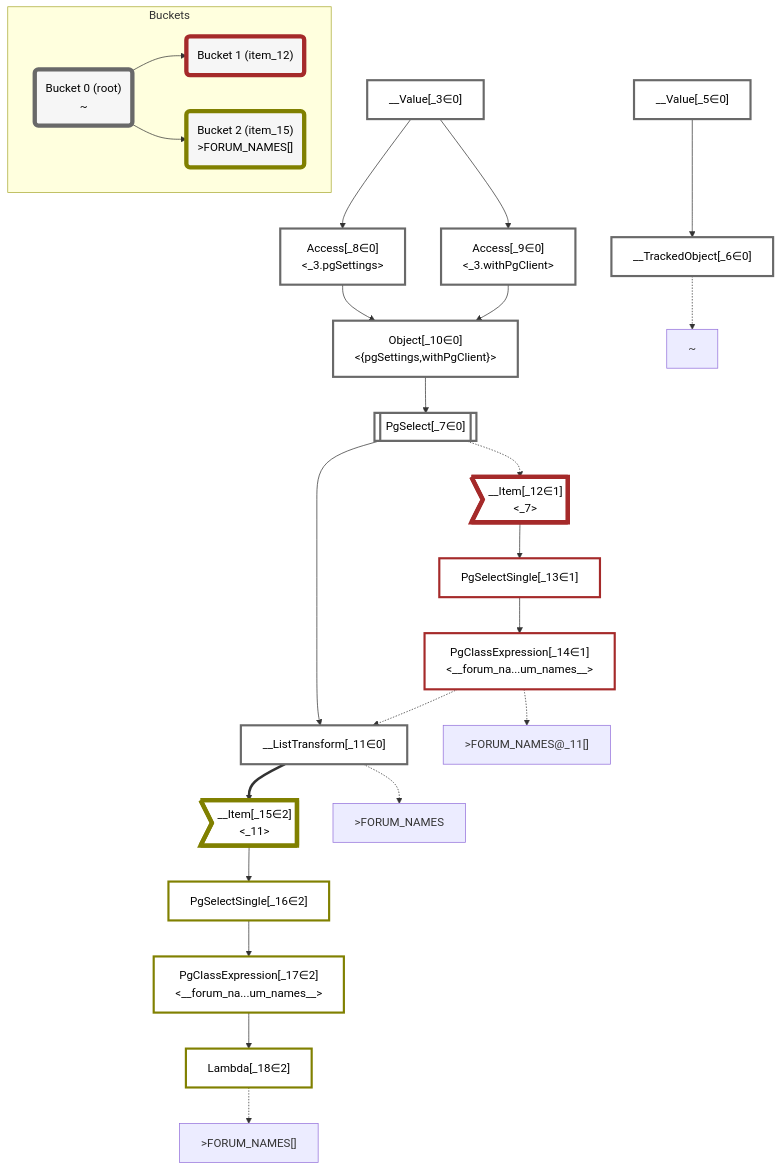
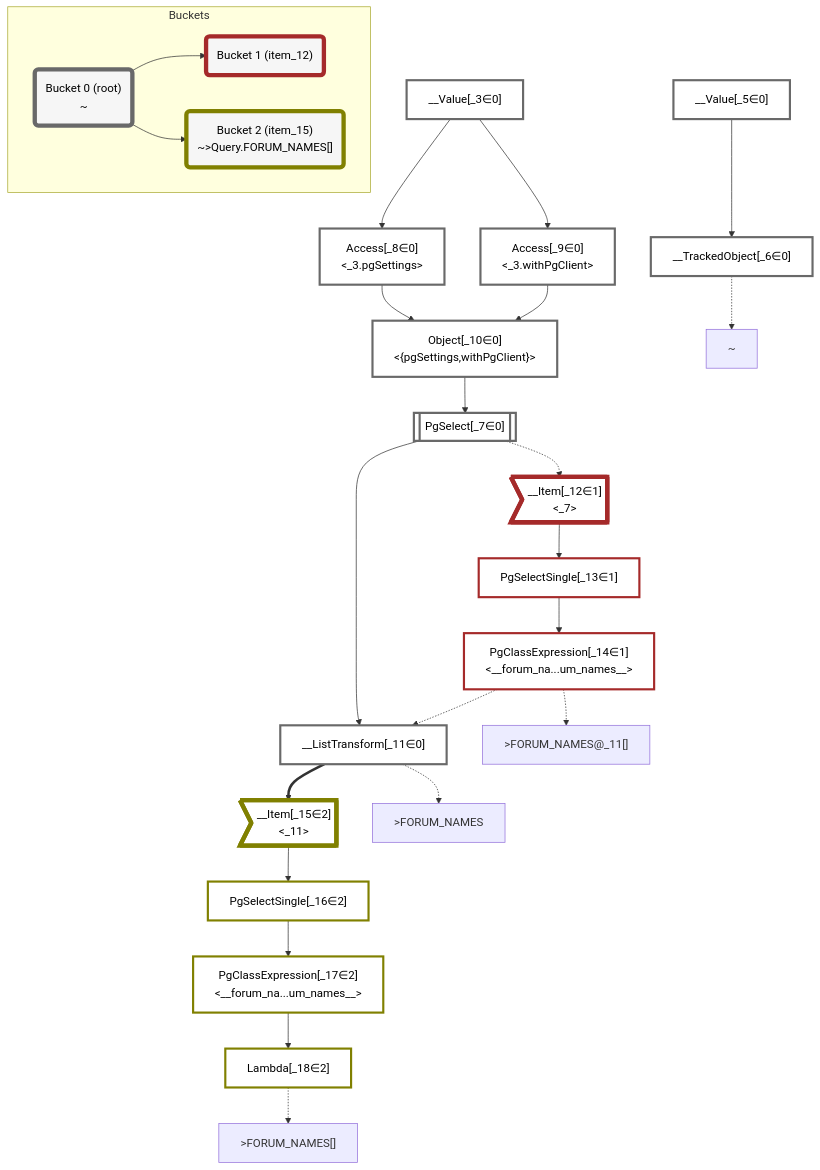
The diagram in packages/dataplan-pg/__tests__/queries/functions/custom-query-forum-names-upper.deopt.mermaid.md (graphile/crystal), drawn with Mermaid before and after one commit. The commit also changed 141 other files, not shown here.

````diff
--- a/packages/dataplan-pg/__tests__/queries/functions/custom-query-forum-names-upper.deopt.mermaid.md
+++ b/packages/dataplan-pg/__tests__/queries/functions/custom-query-forum-names-upper.deopt.mermaid.md
@@ -1,72 +1,72 @@
 ```mermaid
 graph TD
     classDef path fill:#eee,stroke:#000,color:#000
     classDef plan fill:#fff,stroke-width:3px,color:#000
     classDef itemplan fill:#fff,stroke-width:6px,color:#000
     classDef sideeffectplan fill:#f00,stroke-width:6px,color:#000
     classDef bucket fill:#f6f6f6,color:#000,stroke-width:6px
 
 
     %% define plans
     __Value_3["__Value[_3∈0]<br /><context>"]:::plan
     __Value_5["__Value[_5∈0]<br /><rootValue>"]:::plan
     __TrackedObject_6["__TrackedObject[_6∈0]"]:::plan
     PgSelect_7[["PgSelect[_7∈0]<br /><forum_names>"]]:::plan
     Access_8["Access[_8∈0]<br /><_3.pgSettings>"]:::plan
     Access_9["Access[_9∈0]<br /><_3.withPgClient>"]:::plan
     Object_10["Object[_10∈0]<br /><{pgSettings,withPgClient}>"]:::plan
     __ListTransform_11["__ListTransform[_11∈0]<br /><each:_7>"]:::plan
     __Item_12>"__Item[_12∈1]<br /><_7>"]:::itemplan
     PgSelectSingle_13["PgSelectSingle[_13∈1]<br /><text>"]:::plan
     PgClassExpression_14["PgClassExpression[_14∈1]<br /><__forum_na...um_names__>"]:::plan
     __Item_15>"__Item[_15∈2]<br /><_11>"]:::itemplan
     PgSelectSingle_16["PgSelectSingle[_16∈2]<br /><text>"]:::plan
     PgClassExpression_17["PgClassExpression[_17∈2]<br /><__forum_na...um_names__>"]:::plan
     Lambda_18["Lambda[_18∈2]"]:::plan
 
     %% plan dependencies
     __Value_5 --> __TrackedObject_6
     Object_10 --> PgSelect_7
     __Value_3 --> Access_8
     __Value_3 --> Access_9
     Access_8 --> Object_10
     Access_9 --> Object_10
     PgSelect_7 --> __ListTransform_11
     PgClassExpression_14 -.-> __ListTransform_11
     PgSelect_7 -.-> __Item_12
     __Item_12 --> PgSelectSingle_13
     PgSelectSingle_13 --> PgClassExpression_14
     __ListTransform_11 ==> __Item_15
     __Item_15 --> PgSelectSingle_16
     PgSelectSingle_16 --> PgClassExpression_17
     PgClassExpression_17 --> Lambda_18
 
     %% plan-to-path relationships
     P1["~"]
     __TrackedObject_6 -.-> P1
     P2[">FORUM_NAMES@_11[]"]
     PgClassExpression_14 -.-> P2
     P3[">FORUM_NAMES"]
     __ListTransform_11 -.-> P3
     P4[">FORUM_NAMES[]"]
     Lambda_18 -.-> P4
 
     %% allocate buckets
     classDef bucket0 stroke:#696969
     class __Value_3,__Value_5,__TrackedObject_6,PgSelect_7,Access_8,Access_9,Object_10,__ListTransform_11 bucket0
     classDef bucket1 stroke:#a52a2a
     class __Item_12,PgSelectSingle_13,PgClassExpression_14 bucket1
     classDef bucket2 stroke:#808000
     class __Item_15,PgSelectSingle_16,PgClassExpression_17,Lambda_18 bucket2
 
     subgraph Buckets
     Bucket0("Bucket 0 (root)<br />~"):::bucket
     style Bucket0 stroke:#696969
     Bucket1("Bucket 1 (item_12)"):::bucket
     style Bucket1 stroke:#a52a2a
     Bucket0 --> Bucket1
-    Bucket2("Bucket 2 (item_15)<br />>FORUM_NAMES[]"):::bucket
+    Bucket2("Bucket 2 (item_15)<br />~>Query.FORUM_NAMES[]"):::bucket
     style Bucket2 stroke:#808000
     Bucket0 --> Bucket2
     end
 ```
````
